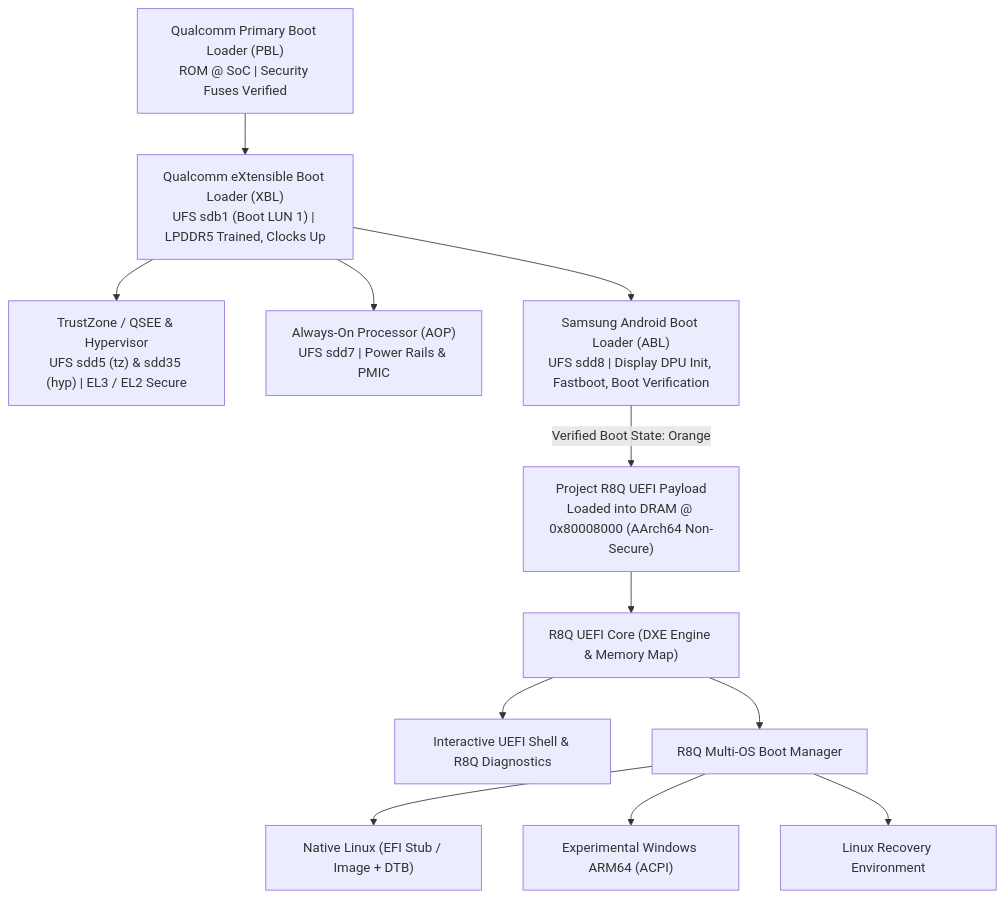
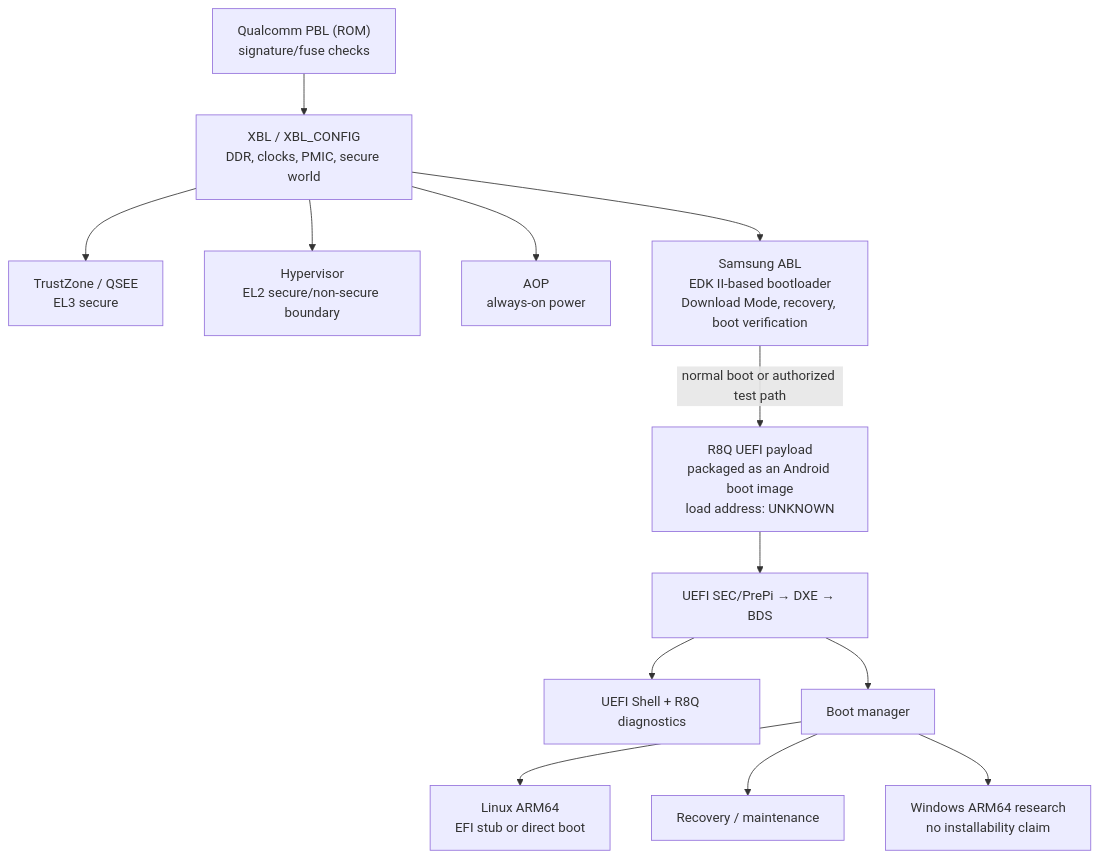
The diagram in docs/UEFI_ARCHITECTURE.md (Rick000000007/r8q-uefi), drawn with Mermaid before and after one commit. The commit also changed other lines of this file and 37 other files, not shown here.

Commit message:
feat(m2): complete Milestone 2 EDK II baseline, PrePi entry wrapper, and platform build

````diff
--- a/docs/UEFI_ARCHITECTURE.md
+++ b/docs/UEFI_ARCHITECTURE.md
@@ -25,14 +24,15 @@
 ```mermaid
 flowchart TD
-    ROM["Qualcomm Primary Boot Loader (PBL)<br/>ROM @ SoC | Security Fuses Verified"] --> XBL["Qualcomm eXtensible Boot Loader (XBL)<br/>UFS sdb1 (Boot LUN 1) | LPDDR5 Trained, Clocks Up"]
-    XBL --> TZ["TrustZone / QSEE & Hypervisor<br/>UFS sdd5 (tz) & sdd35 (hyp) | EL3 / EL2 Secure"]
-    XBL --> AOP["Always-On Processor (AOP)<br/>UFS sdd7 | Power Rails & PMIC"]
-    XBL --> ABL["Samsung Android Boot Loader (ABL)<br/>UFS sdd8 | Display DPU Init, Fastboot, Boot Verification"]
-    ABL -->|Verified Boot State: Orange| R8Q["Project R8Q UEFI Payload<br/>Loaded into DRAM @ 0x80008000 (AArch64 Non-Secure)"]
-    R8Q --> UEFI_CORE["R8Q UEFI Core (DXE Engine & Memory Map)"]
-    UEFI_CORE --> SHELL["Interactive UEFI Shell & R8Q Diagnostics"]
-    UEFI_CORE --> MULTI_BOOT["R8Q Multi-OS Boot Manager"]
-    MULTI_BOOT --> LINUX["Native Linux (EFI Stub / Image + DTB)"]
-    MULTI_BOOT --> WIN["Experimental Windows ARM64 (ACPI)"]
-    MULTI_BOOT --> RECOVERY["Linux Recovery Environment"]
+    PBL["Qualcomm PBL (ROM)<br/>signature/fuse checks"] --> XBL["XBL / XBL_CONFIG<br/>DDR, clocks, PMIC, secure world"]
+    XBL --> TZ["TrustZone / QSEE<br/>EL3 secure"]
+    XBL --> HYP["Hypervisor<br/>EL2 secure/non-secure boundary"]
+    XBL --> AOP["AOP<br/>always-on power"]
+    XBL --> ABL["Samsung ABL<br/>EDK II-based bootloader<br/>Download Mode, recovery, boot verification"]
+    ABL -->|normal boot or authorized test path| PAYLOAD["R8Q UEFI payload<br/>packaged as an Android boot image<br/>load address: UNKNOWN"]
+    PAYLOAD --> CORE["UEFI SEC/PrePi → DXE → BDS"]
+    CORE --> SHELL["UEFI Shell + R8Q diagnostics"]
+    CORE --> BOOT["Boot manager"]
+    BOOT --> LINUX["Linux ARM64<br/>EFI stub or direct boot"]
+    BOOT --> REC["Recovery / maintenance"]
+    BOOT --> WIN["Windows ARM64 research<br/>no installability claim"]
 ```
````
